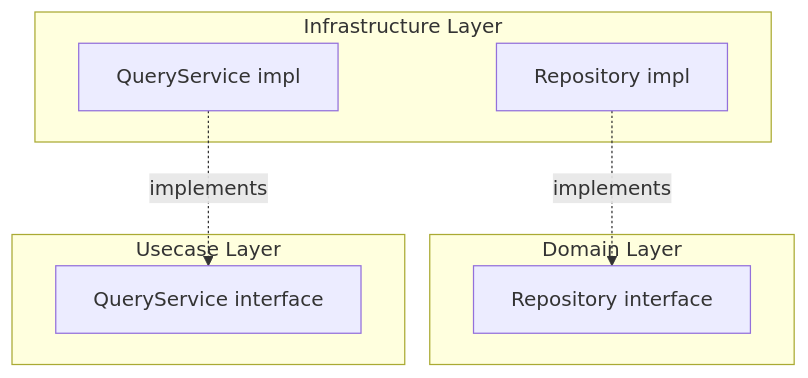
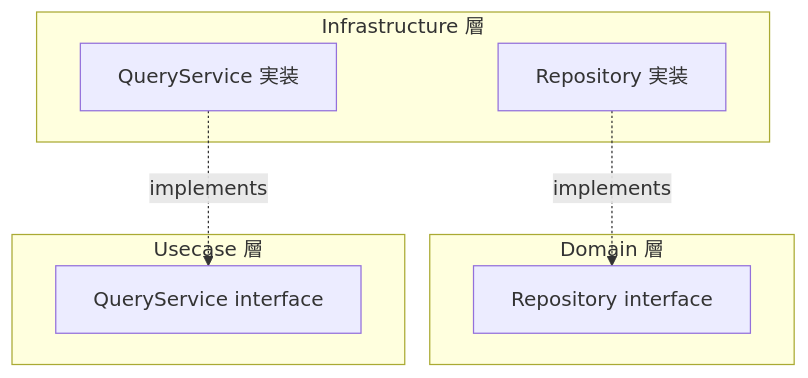
One commit to Tomy-ch/go-boilerplate changed the first of 6 diagrams in internal/infrastructure/rdb/query_service/README.md. Above: the diagram before and after it, drawn with Mermaid. The commit also changed other lines of this file and 970 other files, not shown here.

````diff
--- a/internal/infrastructure/rdb/query_service/README.md
+++ b/internal/infrastructure/rdb/query_service/README.md
@@ -9,16 +9,16 @@
 ```mermaid
 flowchart TB
-    subgraph "Domain Layer"
+    subgraph "Domain 層"
         RepoIF["Repository interface"]
     end
-    subgraph "Usecase Layer"
+    subgraph "Usecase 層"
         QSIF["QueryService interface"]
     end
-    subgraph "Infrastructure Layer"
-        RepoImpl["Repository impl"]
-        QSImpl["QueryService impl"]
+    subgraph "Infrastructure 層"
+        RepoImpl["Repository 実装"]
+        QSImpl["QueryService 実装"]
     end
 
     RepoImpl -. implements .-> RepoIF
     QSImpl -. implements .-> QSIF
 ```
````
